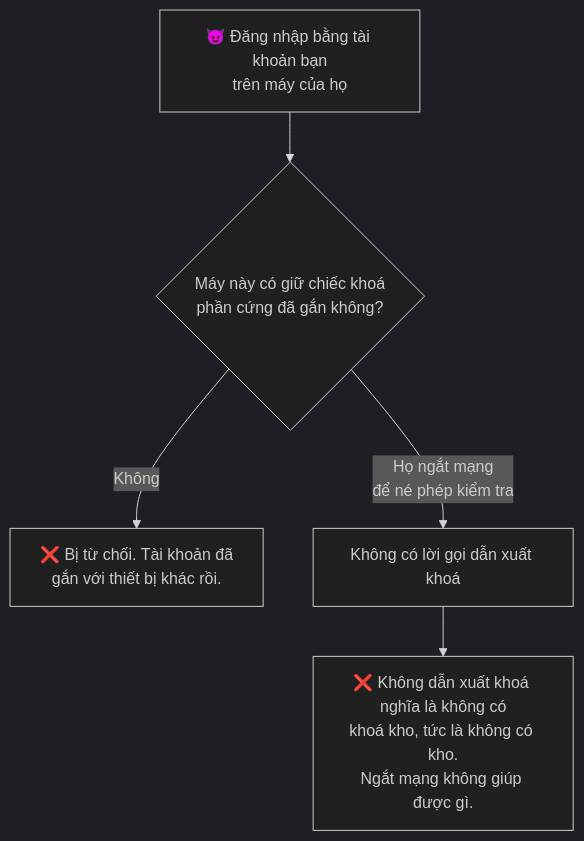
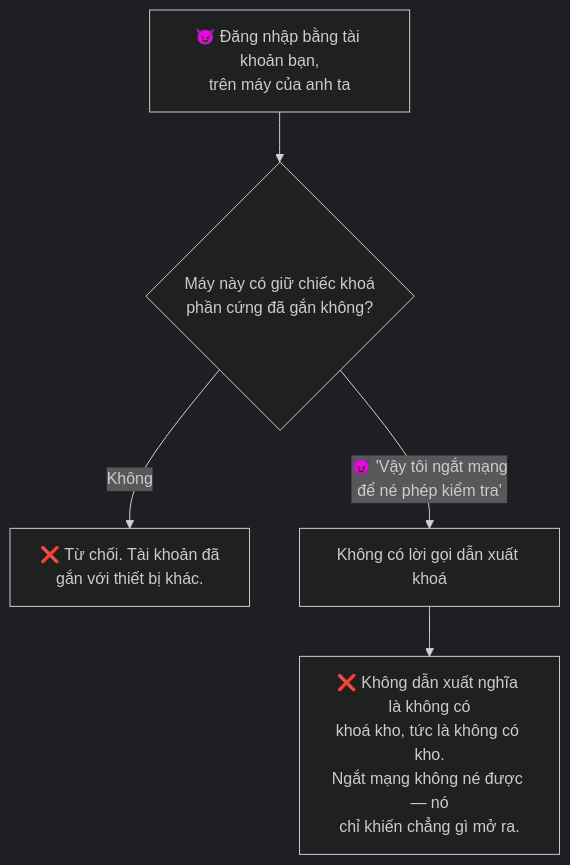
One commit to TuPhung369/passwordepic-website changed the third of 11 diagrams in i18n/vi/docusaurus-plugin-content-docs/current/attack-scenarios.md. Above: the diagram before and after it, drawn with Mermaid (dark theme). The commit also changed other lines of this file and 6 other files, not shown here.

````diff
--- a/i18n/vi/docusaurus-plugin-content-docs/current/attack-scenarios.md
+++ b/i18n/vi/docusaurus-plugin-content-docs/current/attack-scenarios.md
@@ -55,7 +100,7 @@
 ```mermaid
 flowchart TD
-  A["😈 Đăng nhập bằng tài khoản bạn<br/>trên máy của họ"] --> B{"Máy này có giữ chiếc khoá<br/>phần cứng đã gắn không?"}
-  B -->|"Không"| C["❌ Bị từ chối. Tài khoản đã<br/>gắn với thiết bị khác rồi."]
-  B -->|"Họ ngắt mạng<br/>để né phép kiểm tra"| D["Không có lời gọi dẫn xuất khoá"]
-  D --> E["❌ Không dẫn xuất khoá nghĩa là không có<br/>khoá kho, tức là không có kho.<br/>Ngắt mạng không giúp được gì."]
+  A["😈 Đăng nhập bằng tài khoản bạn,<br/>trên máy của anh ta"] --> B{"Máy này có giữ chiếc khoá<br/>phần cứng đã gắn không?"}
+  B -->|"Không"| C["❌ Từ chối. Tài khoản đã<br/>gắn với thiết bị khác."]
+  B -->|"😈 'Vậy tôi ngắt mạng<br/>để né phép kiểm tra'"| D["Không có lời gọi dẫn xuất khoá"]
+  D --> E["❌ Không dẫn xuất nghĩa là không có<br/>khoá kho, tức là không có kho.<br/>Ngắt mạng không né được — nó<br/>chỉ khiến chẳng gì mở ra."]
 ```
````
